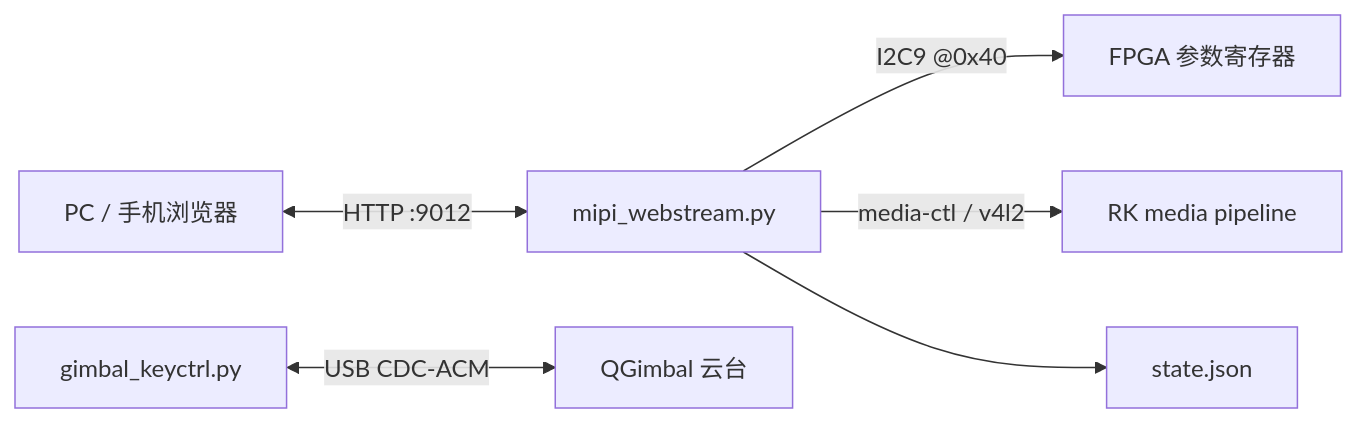
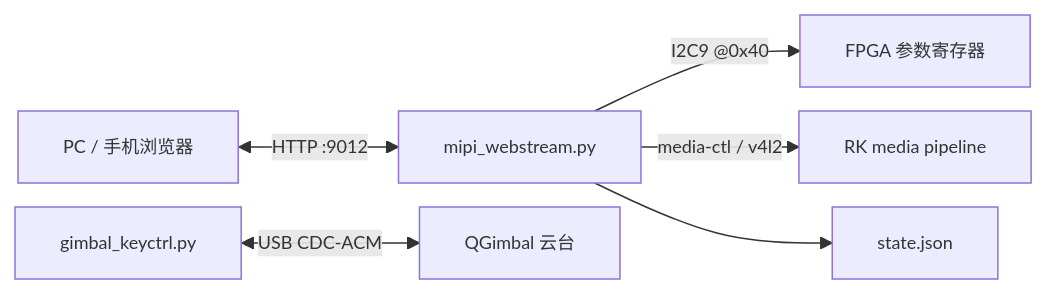
The third of 3 diagrams in README.md (SHIKE888/CPA-Cloud-Patrol-Alarm), drawn with Mermaid before and after one commit. The commit also changed other lines of this file, not shown here.

Commit message:
docs: 框图改为紧凑分组布局并去掉方向性说明文字

````diff
--- a/README.md
+++ b/README.md
@@ -198,8 +179,9 @@
 ```mermaid
+%%{init: {"themeVariables":{"fontSize":"12px"},"flowchart":{"nodeSpacing":16,"rankSpacing":22}}}%%
 flowchart LR
     CLIENT["PC / 手机浏览器"] <-->|HTTP :9012| SVC["mipi_webstream.py"]
     SVC -->|I2C9 @0x40| FPGA["FPGA 参数寄存器"]
     SVC -->|media-ctl / v4l2| PIPE["RK media pipeline"]
     SVC --> STATE["state.json"]
     GCTRL["gimbal_keyctrl.py"] <-->|USB CDC-ACM| GIM["QGimbal 云台"]
 ```
````
